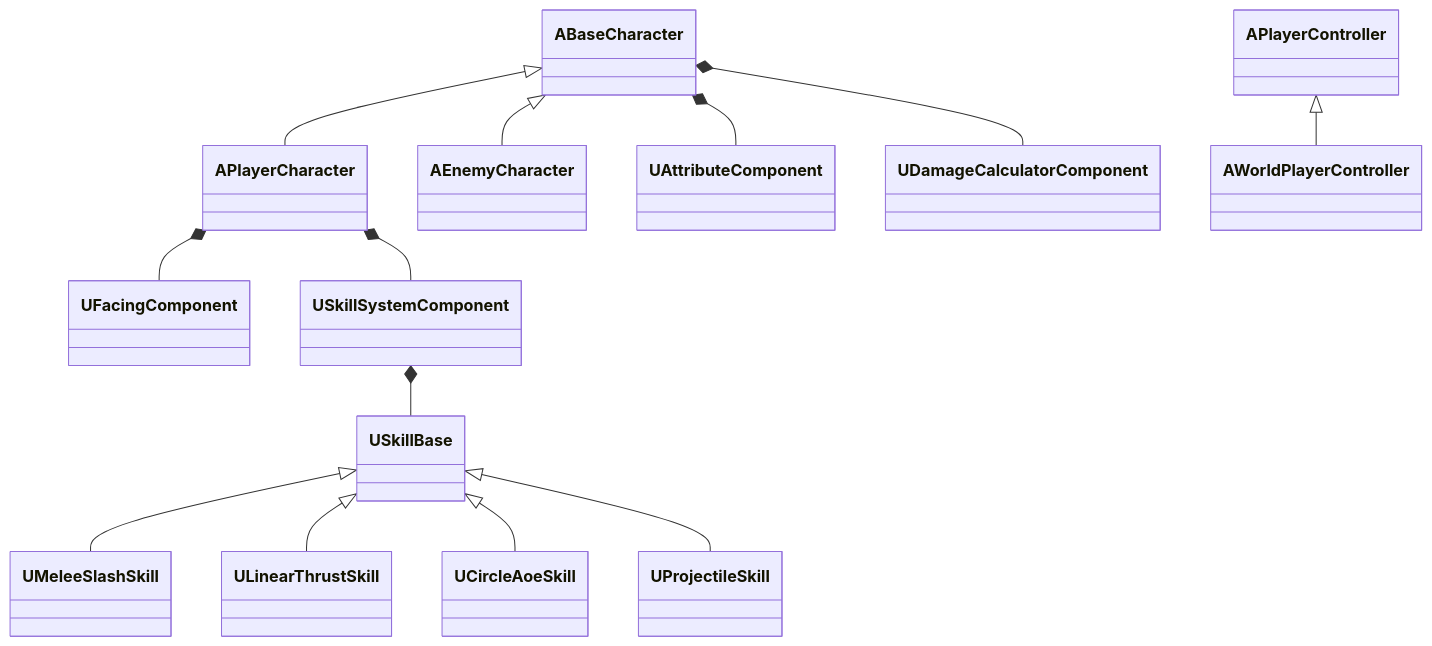
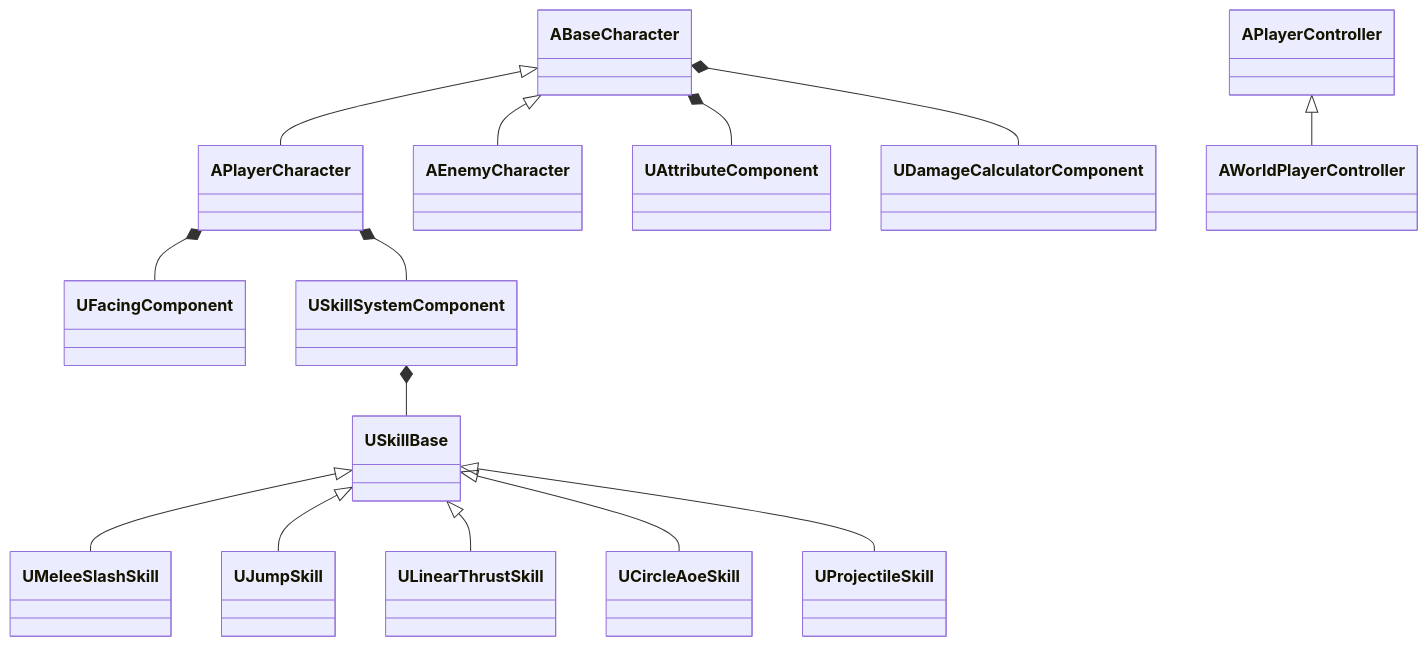
One commit to Moliser3/Moliser3sGameWorld changed the diagram in 策划案/类暗黑破坏神游戏策划案.md. Above: the diagram before and after it, drawn with Mermaid. The commit also changed other lines of this file and 10 other files, not shown here.

````diff
--- a/策划案/类暗黑破坏神游戏策划案.md
+++ b/策划案/类暗黑破坏神游戏策划案.md
@@ -417,17 +439,18 @@
 ```mermaid
 classDiagram
     ABaseCharacter <|-- APlayerCharacter
     ABaseCharacter <|-- AEnemyCharacter
     APlayerController <|-- AWorldPlayerController
     
     ABaseCharacter *-- UAttributeComponent
     ABaseCharacter *-- UDamageCalculatorComponent
     APlayerCharacter *-- UFacingComponent
     APlayerCharacter *-- USkillSystemComponent
     
     USkillSystemComponent *-- USkillBase
     USkillBase <|-- UMeleeSlashSkill
+    USkillBase <|-- UJumpSkill
     USkillBase <|-- ULinearThrustSkill
     USkillBase <|-- UCircleAoeSkill
     USkillBase <|-- UProjectileSkill
 ```
````
